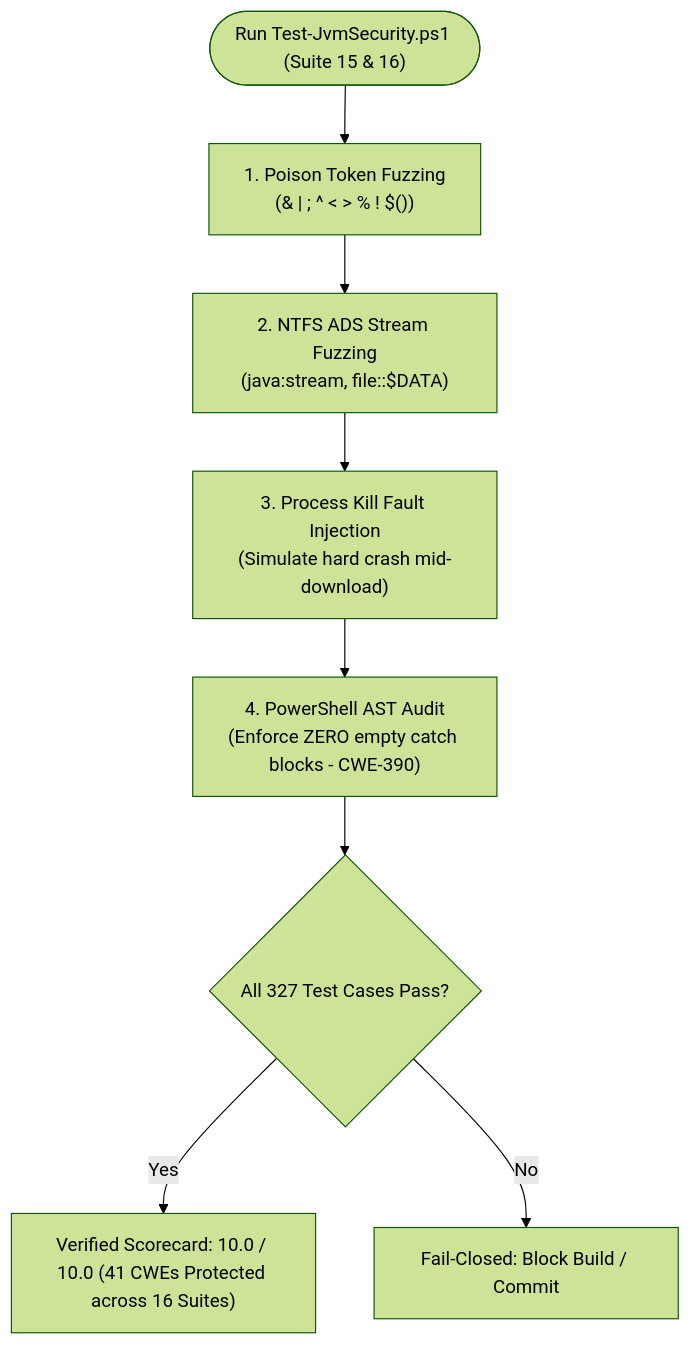
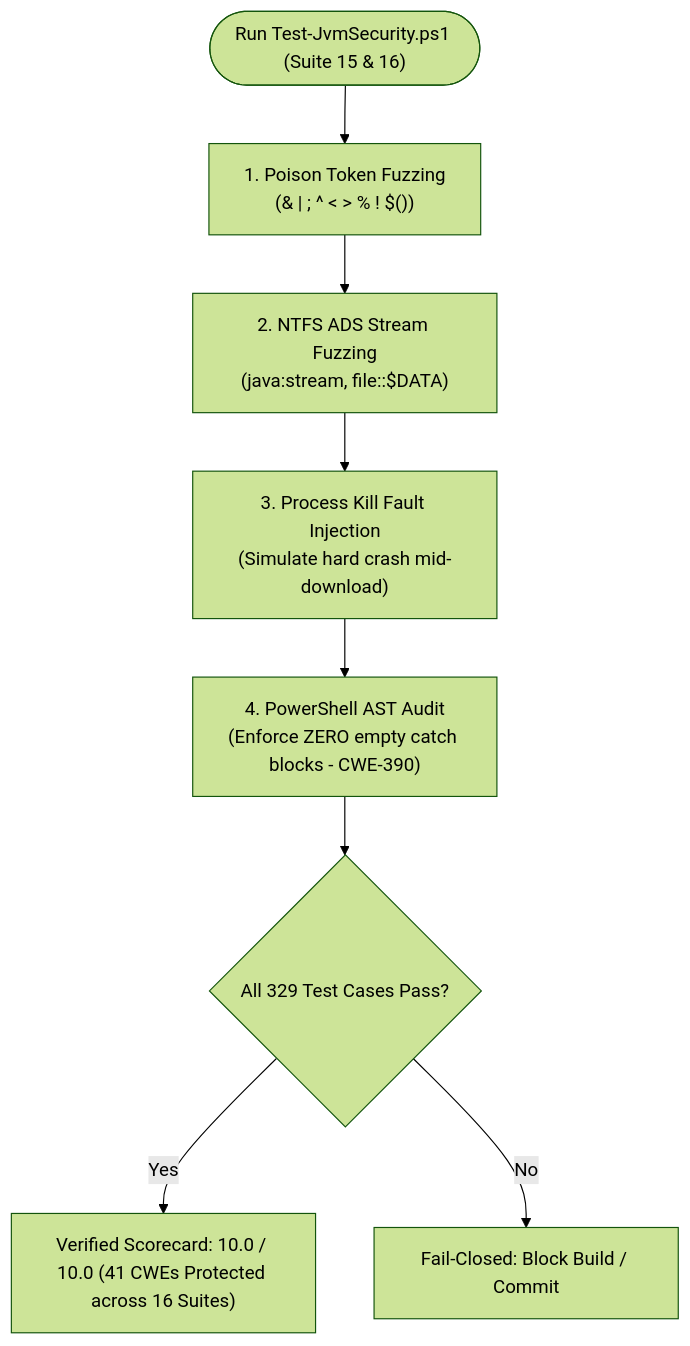
Before and after one commit to DiamTek/Java-Version-Manager-Windows: the second of 2 diagrams in docs/THREAT-MATRIX.md, drawn with Mermaid (forest theme). The commit also changed 15 other files, not shown here.

````diff
--- a/docs/THREAT-MATRIX.md
+++ b/docs/THREAT-MATRIX.md
@@ -138,10 +138,10 @@
 ```mermaid
 flowchart TD
     Start(["Run Test-JvmSecurity.ps1 (Suite 15 & 16)"]) --> M1["1. Poison Token Fuzzing<br>(& | ; ^ < > % ! $())"]
     M1 --> M2["2. NTFS ADS Stream Fuzzing<br>(java:stream, file::$DATA)"]
     M2 --> M3["3. Process Kill Fault Injection<br>(Simulate hard crash mid-download)"]
     M3 --> M4["4. PowerShell AST Audit<br>(Enforce ZERO empty catch blocks - CWE-390)"]
-    M4 --> Pass{"All 327 Test Cases Pass?"}
+    M4 --> Pass{"All 329 Test Cases Pass?"}
     Pass -- Yes --> Score["Verified Scorecard: 10.0 / 10.0 (41 CWEs Protected across 16 Suites)"]
     Pass -- No --> Fail["Fail-Closed: Block Build / Commit"]
 ```
````
